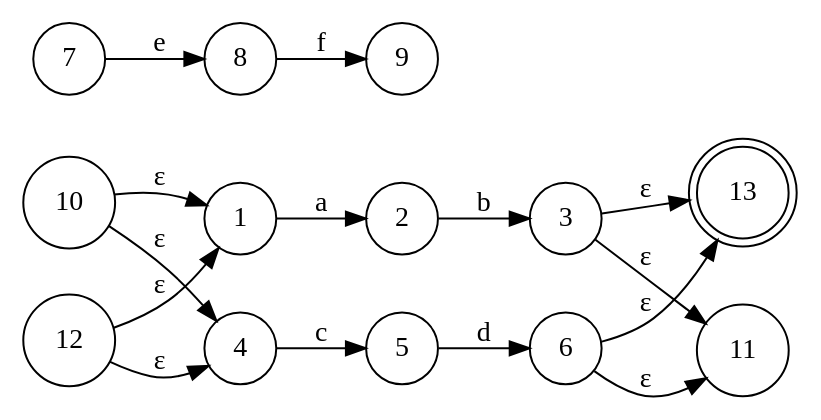
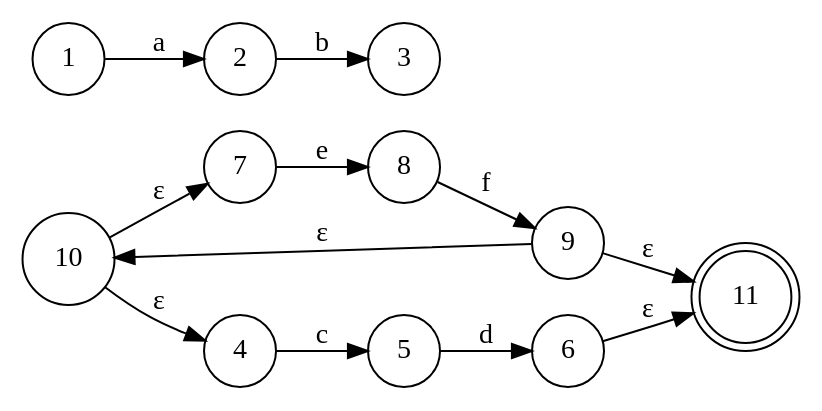
Before and after one commit to gusta257/Compis1: the diagram in fsm.gv, drawn with Graphviz. The commit also changed 3 other files, not shown here.

```diff
--- a/fsm.gv
+++ b/fsm.gv
@@ -1,32 +1,27 @@
 digraph finite_state_machine {
 	rankdir=LR size="8,5"
 	node [shape=doublecircle]
-	13
+	11
 	node [shape=circle]
 	1 -> 2 [label=a]
 	node [shape=circle]
 	2 -> 3 [label=b]
 	node [shape=circle]
-	3 -> 11 [label="ε"]
-	3 -> 13 [label="ε"]
 	node [shape=circle]
 	4 -> 5 [label=c]
 	node [shape=circle]
 	5 -> 6 [label=d]
 	node [shape=circle]
 	6 -> 11 [label="ε"]
-	6 -> 13 [label="ε"]
 	node [shape=circle]
 	7 -> 8 [label=e]
 	node [shape=circle]
 	8 -> 9 [label=f]
 	node [shape=circle]
+	9 -> 11 [label="ε"]
+	9 -> 10 [label="ε"]
 	node [shape=circle]
-	10 -> 1 [label="ε"]
 	10 -> 4 [label="ε"]
-	node [shape=circle]
-	node [shape=circle]
-	12 -> 1 [label="ε"]
-	12 -> 4 [label="ε"]
+	10 -> 7 [label="ε"]
 	node [shape=circle]
 }
```
